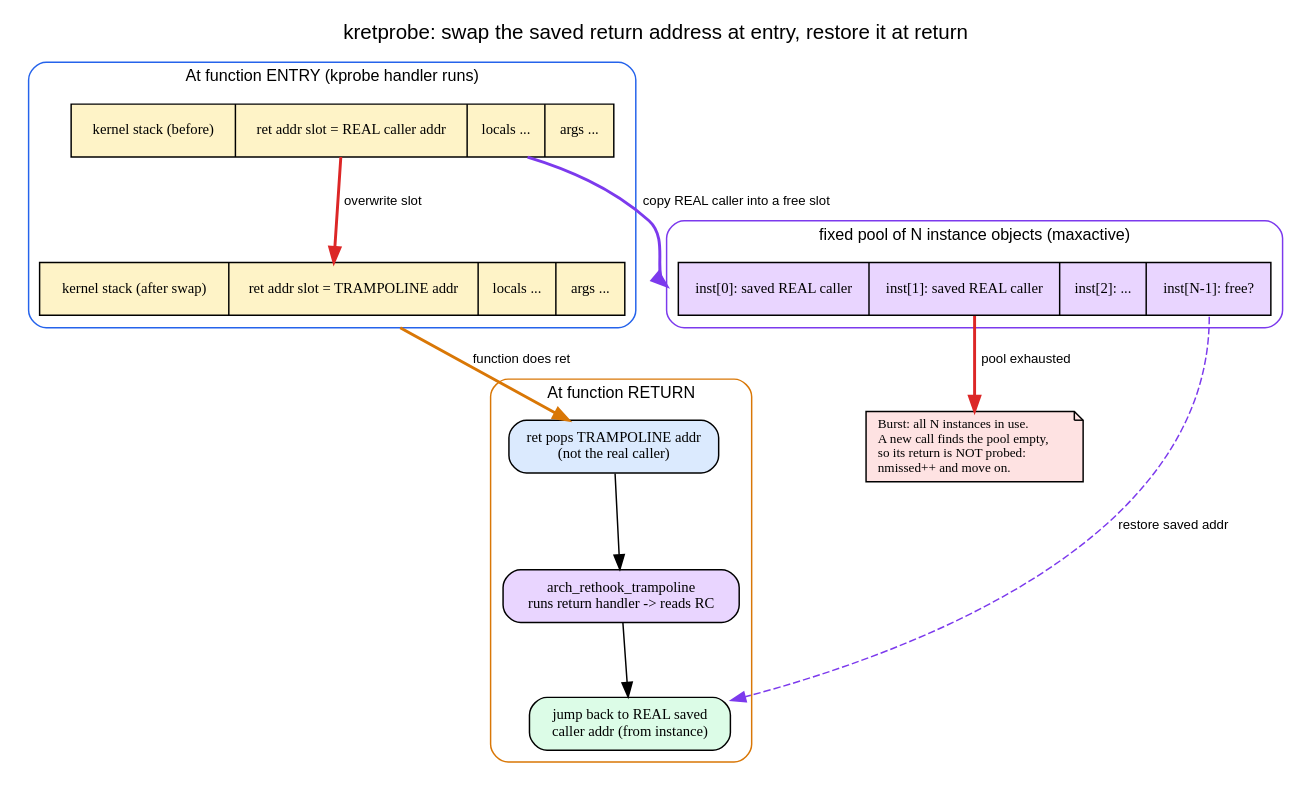
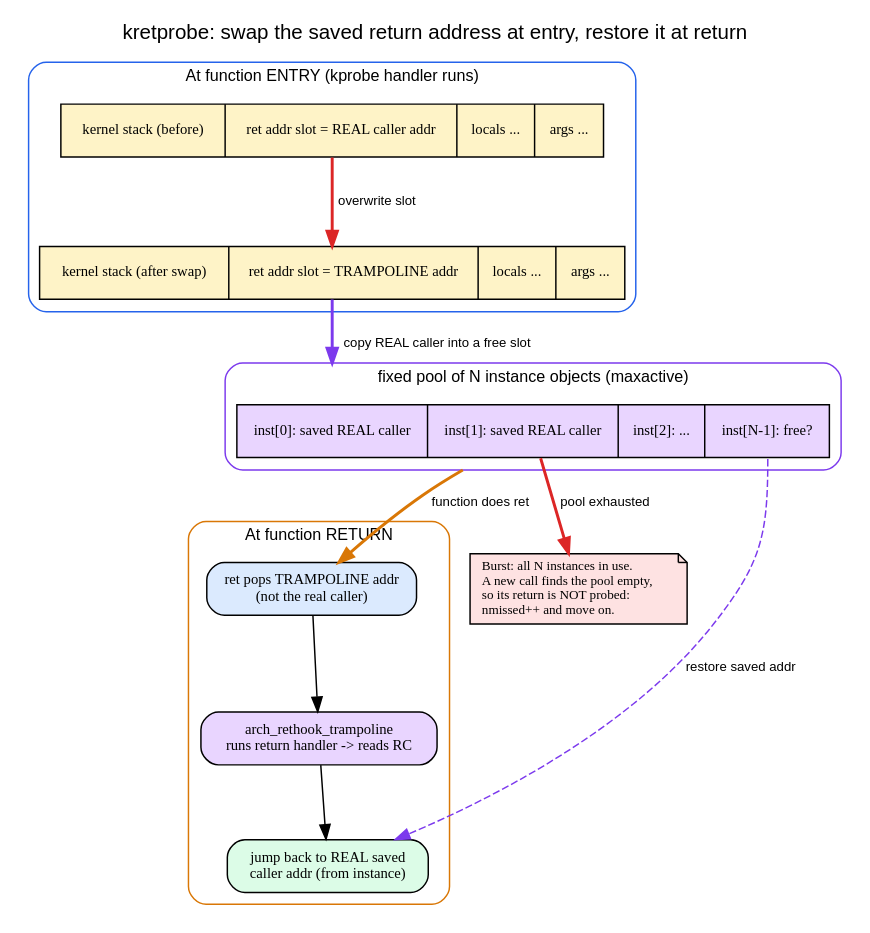
Before and after one commit to biefy/books: the diagram in ebpf/src/diagrams/src/day06_kretprobe_return_swap.dot, drawn with Graphviz. The commit also changed 83 other files, not shown here.

First line of the commit message:
docs: normalize diagram text sizing

```diff
--- a/ebpf/src/diagrams/src/day06_kretprobe_return_swap.dot
+++ b/ebpf/src/diagrams/src/day06_kretprobe_return_swap.dot
@@ -1,63 +1,63 @@
 digraph kretprobe_return_swap {
     rankdir=TB;
     labelloc=t;
     label="kretprobe: swap the saved return address at entry, restore it at return";
     fontname="Helvetica"; fontsize=14;
     node [fontname="Monaco", fontsize=10];
     nodesep=0.5; ranksep=0.7;
     compound=true;
 
     // ---- Entry: the stack frame and the swap ----
     subgraph cluster_entry {
         label="At function ENTRY (kprobe handler runs)";
         fontname="Helvetica"; fontsize=11; style="rounded"; color="#2563eb";
 
         stack_before [shape=record, style="filled", fillcolor="#fef3c7",
             label="kernel stack (before)|ret addr slot = REAL caller addr|locals ...|args ..."];
 
         stack_after [shape=record, style="filled", fillcolor="#fef3c7",
             label="kernel stack (after swap)|ret addr slot = TRAMPOLINE addr|locals ...|args ..."];
 
         stack_before -> stack_after [label="overwrite slot", color="#dc2626",
             style=bold, fontname="Helvetica", fontsize=9];
     }
 
     // ---- The instance pool ----
     subgraph cluster_pool {
         label="fixed pool of N instance objects (maxactive)";
         fontname="Helvetica"; fontsize=11; style="rounded"; color="#7c3aed";
 
         pool [shape=record, style="filled", fillcolor="#e9d5ff",
             label="<i0>inst[0]: saved REAL caller|<i1>inst[1]: saved REAL caller|<i2>inst[2]: ... |<in>inst[N-1]: free?"];
     }
 
-    stack_before -> pool:i0 [label="copy REAL caller into a free slot",
+    stack_after -> pool:i0 [label="copy REAL caller into a free slot",
         color="#7c3aed", style=bold, fontname="Helvetica", fontsize=9,
         lhead=cluster_pool];
 
     // ---- Return path ----
     subgraph cluster_return {
         label="At function RETURN";
         fontname="Helvetica"; fontsize=11; style="rounded"; color="#d97706";
 
         pop [shape=box, style="filled,rounded", fillcolor="#dbeafe",
             label="ret pops TRAMPOLINE addr\n(not the real caller)"];
         tramp [shape=box, style="filled,rounded", fillcolor="#e9d5ff",
             label="arch_rethook_trampoline\nruns return handler -> reads RC"];
         back [shape=box, style="filled,rounded", fillcolor="#dcfce7",
             label="jump back to REAL saved\ncaller addr (from instance)"];
 
         pop -> tramp -> back;
     }
 
-    stack_after -> pop [label="function does ret", color="#d97706",
-        style=bold, fontname="Helvetica", fontsize=9, ltail=cluster_entry];
+    pool -> pop [label="function does ret", color="#d97706",
+        style=bold, fontname="Helvetica", fontsize=9, ltail=cluster_pool];
     pool:in -> back [label="restore saved addr", color="#7c3aed",
         style=dashed, fontname="Helvetica", fontsize=9];
 
     // ---- Exhaustion warning ----
     missed [shape=note, style="filled", fillcolor="#fee2e2", fontsize=9,
         label="Burst: all N instances in use.\lA new call finds the pool empty,\lso its return is NOT probed:\lnmissed++ and move on.\l"];
     pool -> missed [label="pool exhausted", color="#dc2626",
         style=bold, fontname="Helvetica", fontsize=9];
 }
```
